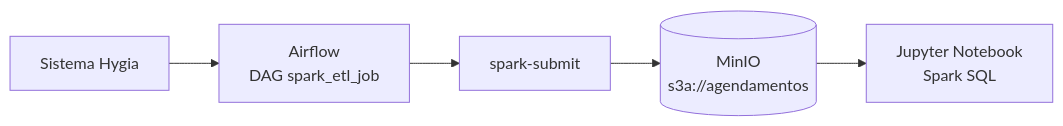
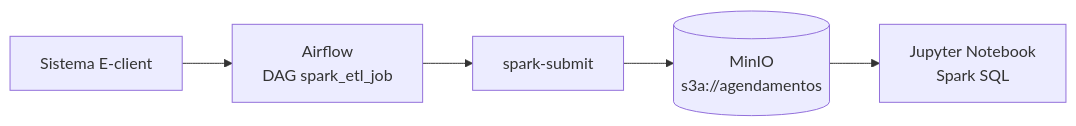
One commit to CISBAF-OBSERVATORIO/api-hygia changed the diagram in README.md. Above: the diagram before and after it, drawn with Mermaid. The commit also changed other lines of this file, not shown here.

Commit message:
Update README to reflect E-client instead of Hygia

````diff
--- a/README.md
+++ b/README.md
@@ -5,7 +5,7 @@
 ```mermaid
 flowchart LR
-    A[Sistema Hygia] --> B[Airflow<br/>DAG spark_etl_job]
+    A[Sistema E-client] --> B[Airflow<br/>DAG spark_etl_job]
     B --> C[spark-submit]
     C --> D[(MinIO<br/>s3a://agendamentos)]
     D --> E[Jupyter Notebook<br/>Spark SQL]
 ```
````
